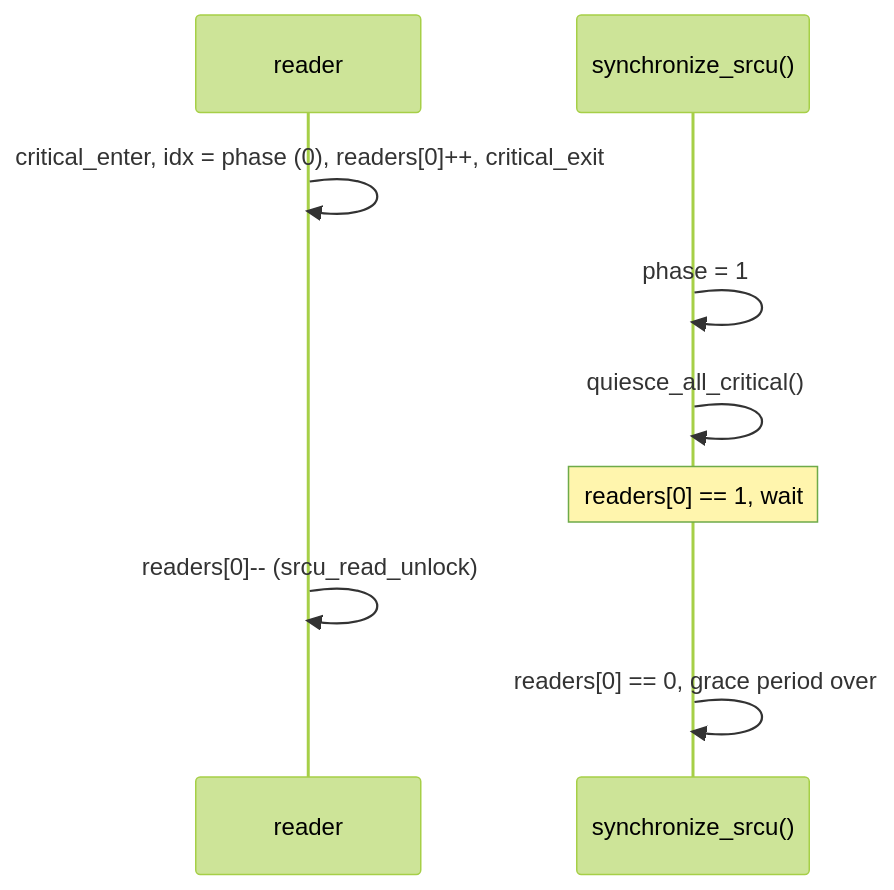
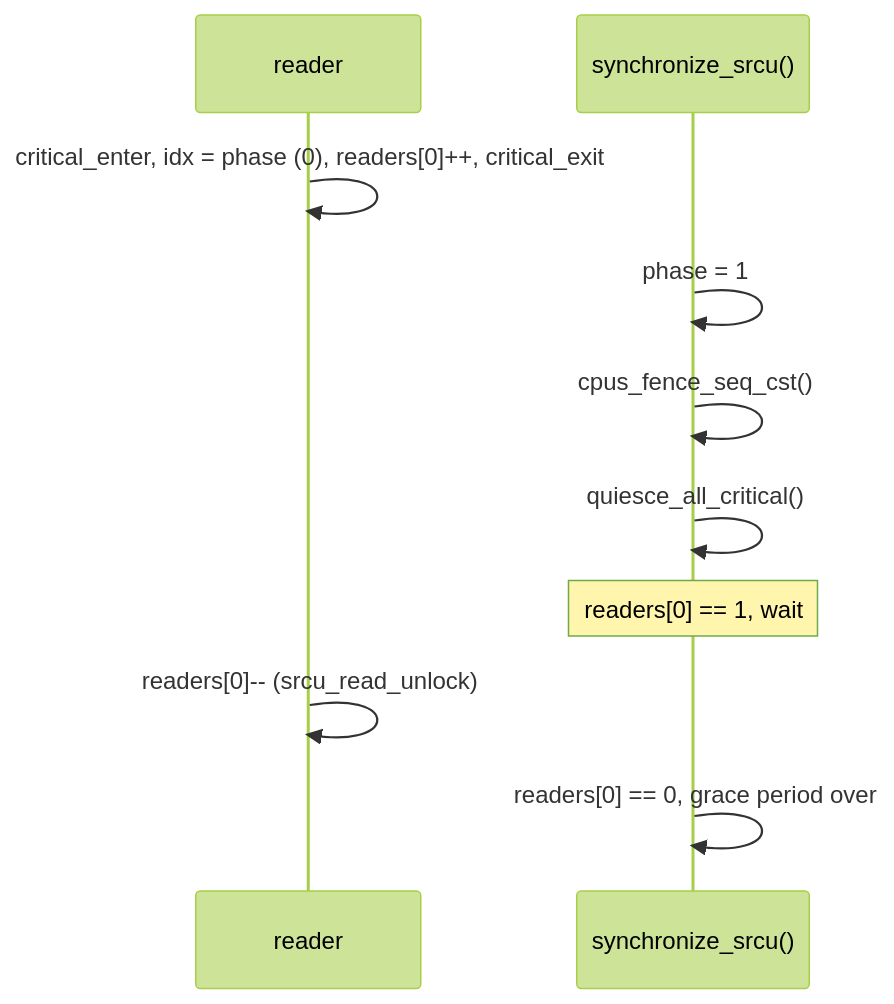
The diagram in FreeBSD/docs/linuxkpi_srcu_per_struct.md (ocochard/myscripts), drawn with Mermaid (forest theme) before and after one commit. The commit also changed other lines of this file and 47 other files, not shown here.

````diff
--- a/FreeBSD/docs/linuxkpi_srcu_per_struct.md
+++ b/FreeBSD/docs/linuxkpi_srcu_per_struct.md
@@ -156,11 +159,12 @@
 ```mermaid
 sequenceDiagram
   participant R as reader
   participant W as synchronize_srcu()
   R->>R: critical_enter, idx = phase (0), readers[0]++, critical_exit
   W->>W: phase = 1
+  W->>W: cpus_fence_seq_cst()
   W->>W: quiesce_all_critical()
   Note over W: readers[0] == 1, wait
   R->>R: readers[0]-- (srcu_read_unlock)
   W->>W: readers[0] == 0, grace period over
 ```
````
